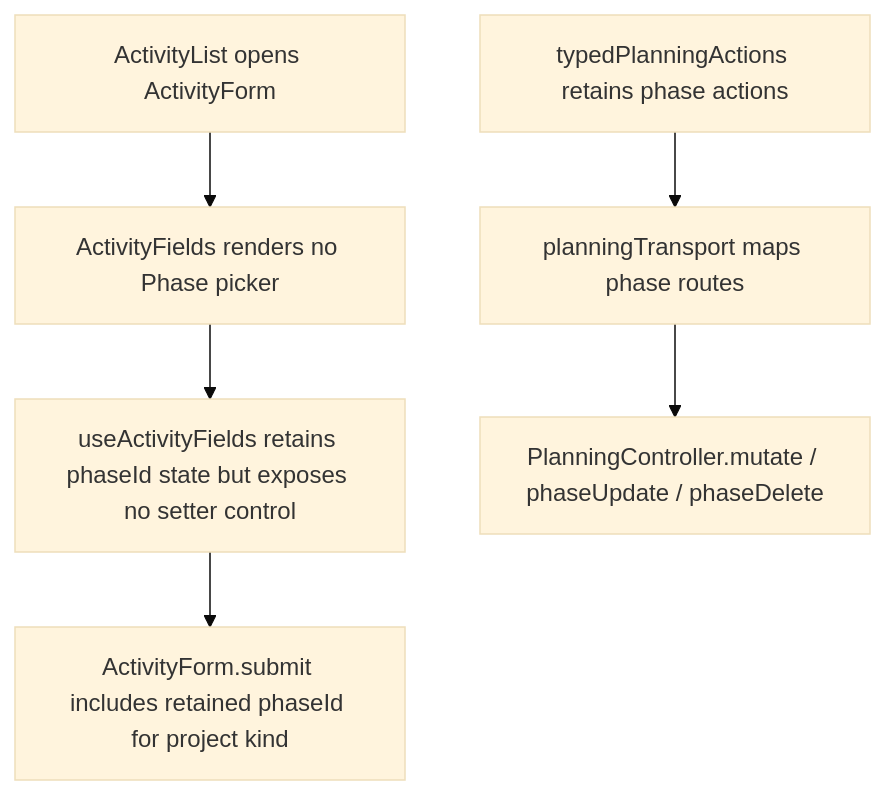
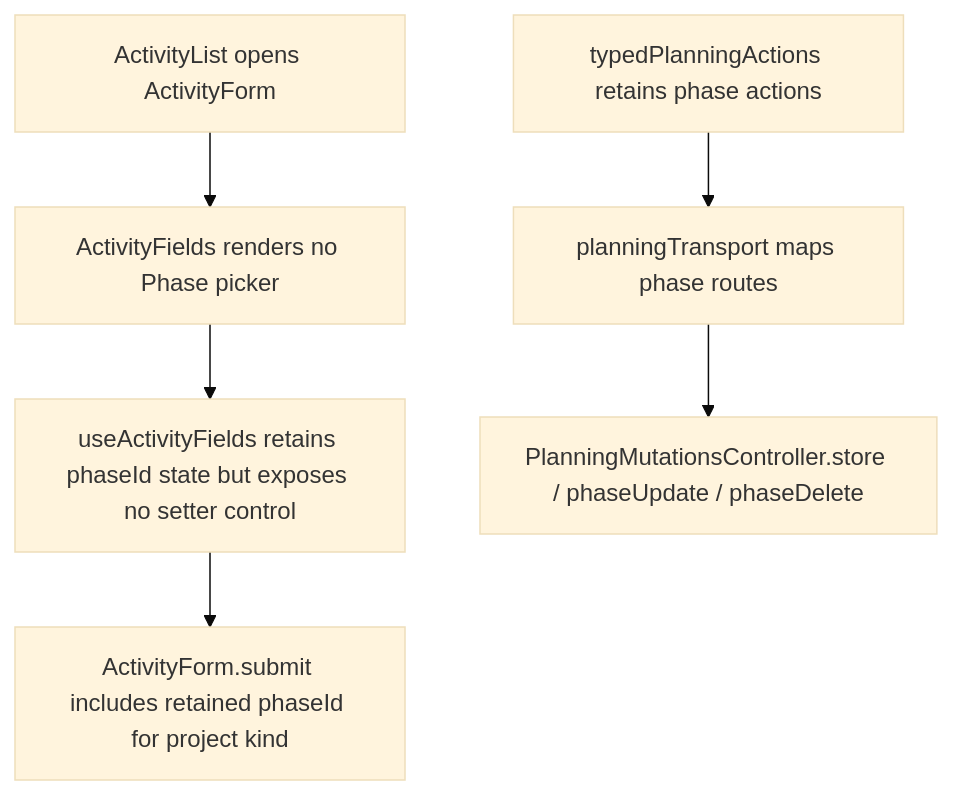
Before and after one commit to Kevinjohn/capacitylens: the second of 2 diagrams in user-stories/activities/US-ACT-02-activity-phase.md, drawn with Mermaid (base theme). The commit also changed other lines of this file and 139 other files, not shown here.

````diff
--- a/user-stories/activities/US-ACT-02-activity-phase.md
+++ b/user-stories/activities/US-ACT-02-activity-phase.md
@@ -33,7 +33,7 @@
 ```mermaid
 flowchart TD
   A["ActivityList opens ActivityForm"] --> B["ActivityFields renders no Phase picker"]
   B --> C["useActivityFields retains phaseId state but exposes no setter control"]
   C --> D["ActivityForm.submit includes retained phaseId for project kind"]
-  E["typedPlanningActions retains phase actions"] --> F["planningTransport maps phase routes"] --> G["PlanningController.mutate / phaseUpdate / phaseDelete"]
+  E["typedPlanningActions retains phase actions"] --> F["planningTransport maps phase routes"] --> G["PlanningMutationsController.store / phaseUpdate / phaseDelete"]
 ```
````
